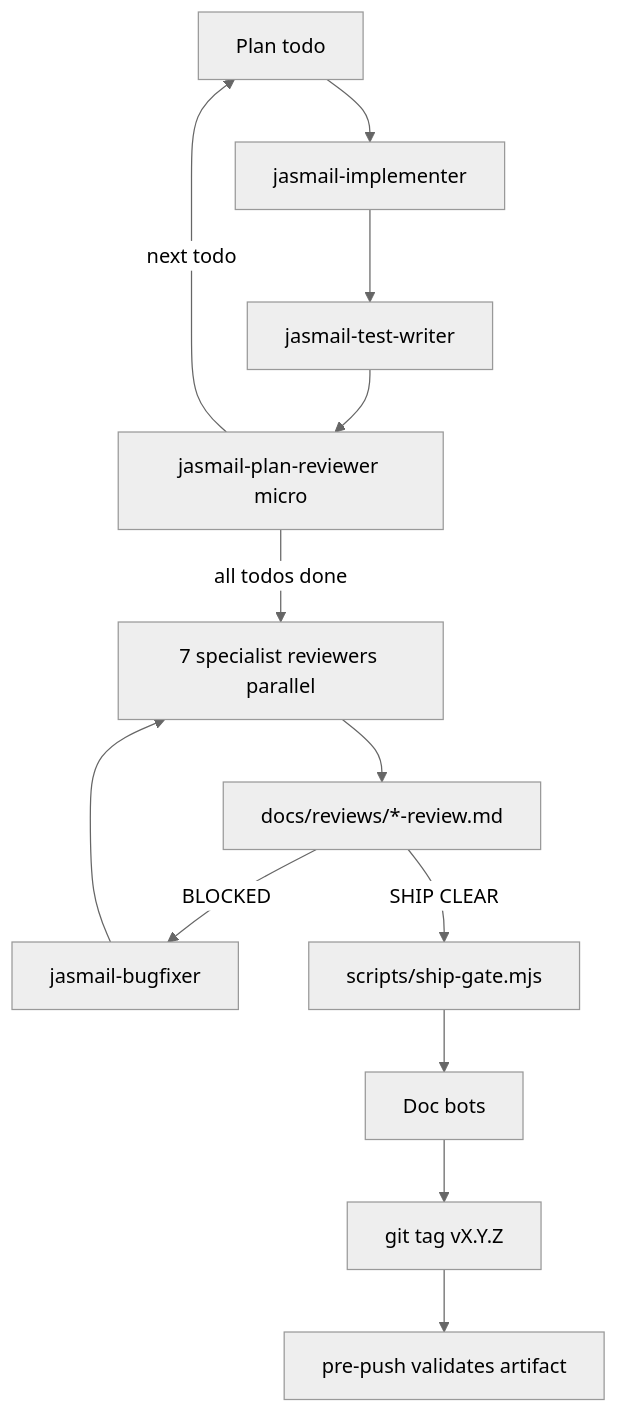
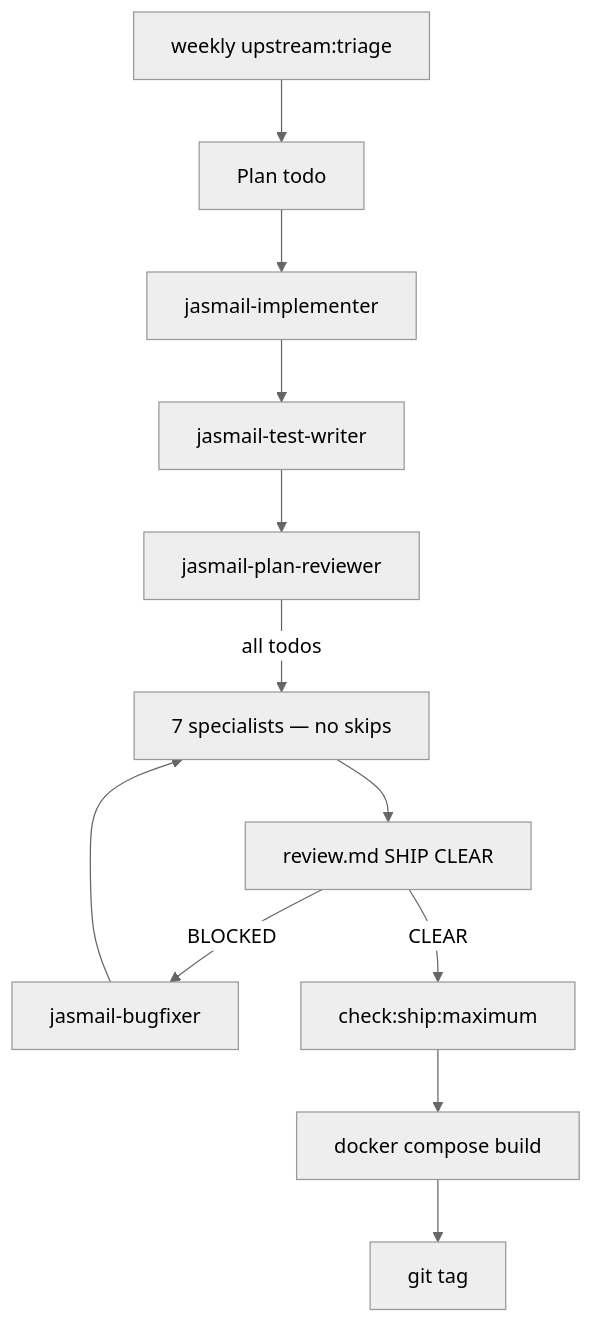
Before and after one commit to jasincanada/jmap-webmail: the diagram in docs/DEV_OS.md, drawn with Mermaid (neutral theme). The commit also changed other lines of this file and 28 other files, not shown here.

First line of the commit message:
dev-os 2.2.0: Option C maximum quality upstream policy

````diff
--- a/docs/DEV_OS.md
+++ b/docs/DEV_OS.md
@@ -31,15 +36,14 @@
 ```mermaid
 flowchart TD
-    plan[Plan todo] --> impl[jasmail-implementer]
+    triage[weekly upstream:triage] --> plan[Plan todo]
+    plan --> impl[jasmail-implementer]
     impl --> tests[jasmail-test-writer]
-    tests --> micro[jasmail-plan-reviewer micro]
-    micro -->|next todo| plan
-    micro -->|all todos done| round[7 specialist reviewers parallel]
-    round --> artifact[docs/reviews/*-review.md]
+    tests --> micro[jasmail-plan-reviewer]
+    micro -->|all todos| round[7 specialists — no skips]
+    round --> artifact[review.md SHIP CLEAR]
     artifact -->|BLOCKED| fix[jasmail-bugfixer]
     fix --> round
-    artifact -->|SHIP CLEAR| gates[scripts/ship-gate.mjs]
-    gates --> docs[Doc bots]
-    docs --> tag[git tag vX.Y.Z]
-    tag --> hook[pre-push validates artifact]
+    artifact -->|CLEAR| maxgate[check:ship:maximum]
+    maxgate --> docker[docker compose build]
+    docker --> tag[git tag]
 ```
````
